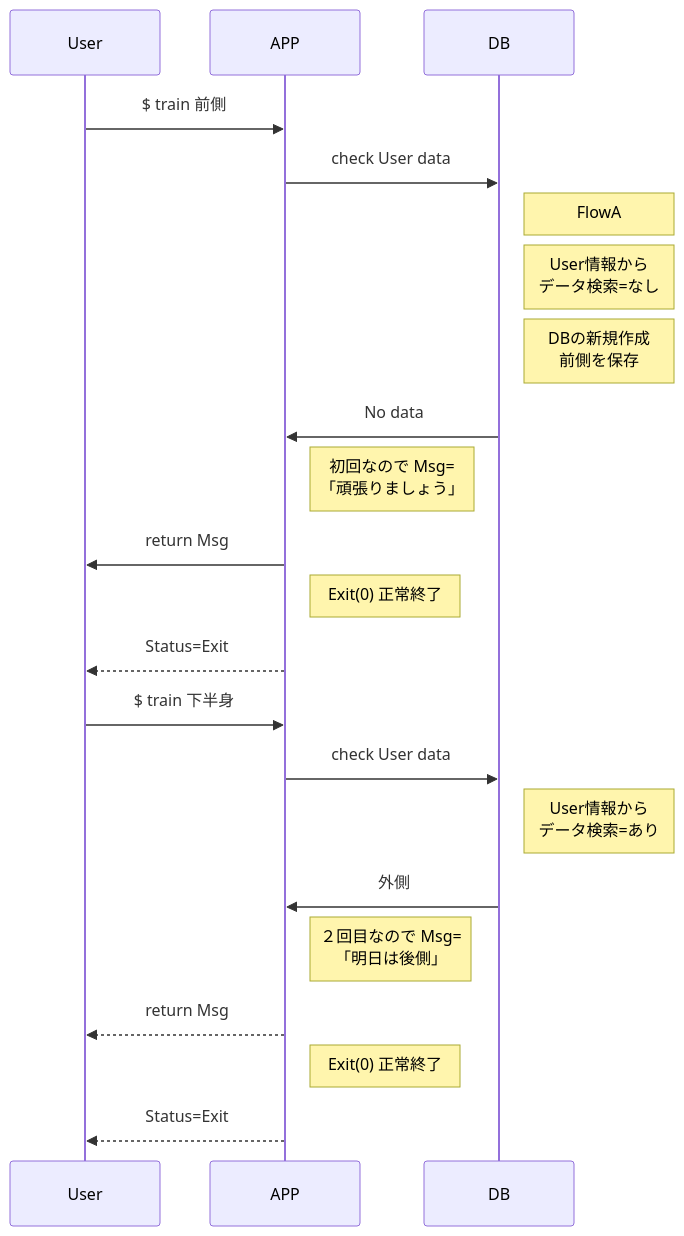
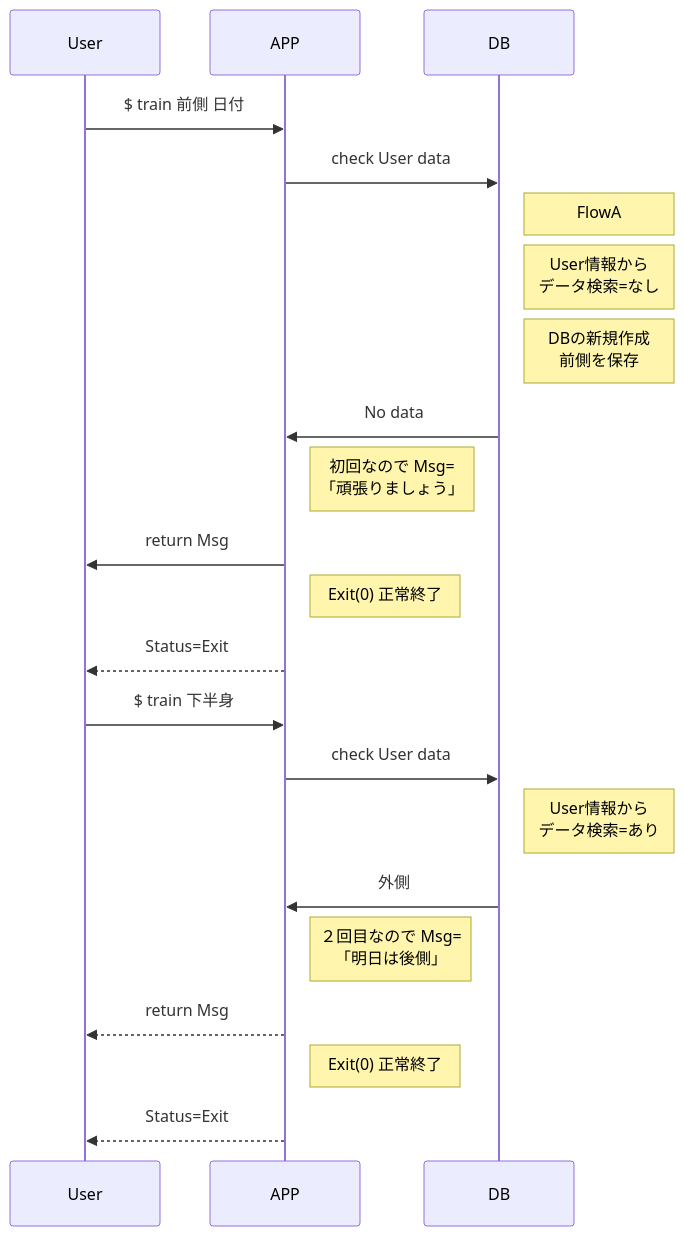
One commit to lamplusoka/train_Muscle changed the first of 2 diagrams in flow.md. Above: the diagram before and after it, drawn with Mermaid. The commit also changed other lines of this file, not shown here.

Commit message:
flow.md updated from https://stackedit.io/

````diff
--- a/flow.md
+++ b/flow.md
@@ -4,21 +4,21 @@
 ```mermaid
 sequenceDiagram
-User->> APP: $ train 前側
+User->> APP: $ train 前側 日付
 APP ->> DB: check User data
 Note right of DB: FlowA
 Note right of DB:User情報から<br>データ検索=なし
 Note right of DB:DBの新規作成<br>前側を保存
 DB ->> APP: No data
 Note right of APP:初回なので Msg=<br>「頑張りましょう」
 APP ->> User: return Msg
 Note right of APP: Exit(0) 正常終了
 APP -->>User: Status=Exit
 User ->> APP: $ train 下半身
 APP ->> DB: check User data
 Note right of DB:User情報から<br>データ検索=あり
 DB ->> APP: 外側
 Note right of APP:２回目なので Msg=<br>「明日は後側」
 APP -->> User: return Msg
 Note right of APP: Exit(0) 正常終了
 APP -->>User: Status=Exit
 ```
````
